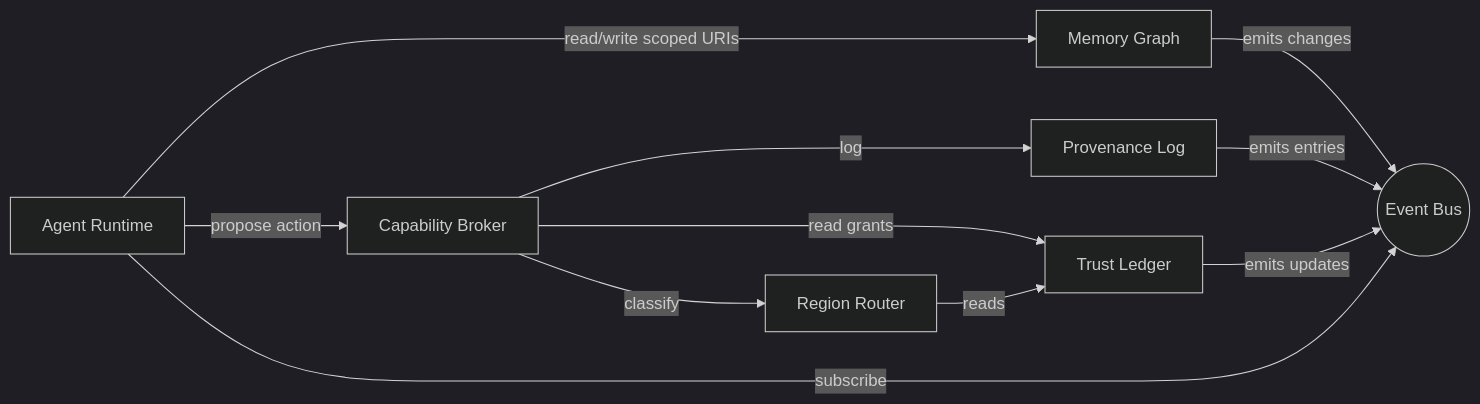
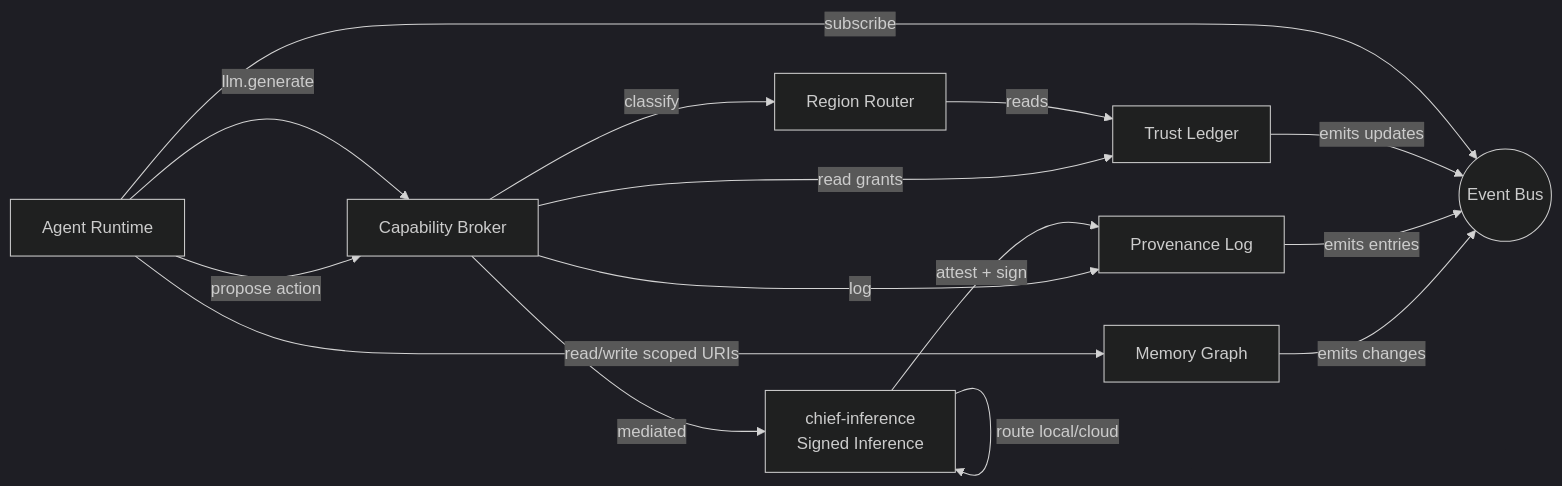
The diagram in docs/03-chief-kernel.md (santoshkumarradha/ChiefOS), drawn with Mermaid (dark theme) before and after one commit. The commit also changed other lines of this file and 10 other files, not shown here.

First line of the commit message:
adr: 0009 Signed Inference as L2 primitive + GPU deferral to v1+

````diff
--- a/docs/03-chief-kernel.md
+++ b/docs/03-chief-kernel.md
@@ -24,21 +25,26 @@
 ```mermaid
 flowchart LR
     EB((Event Bus))
     AR[Agent Runtime]
     CB[Capability Broker]
     MG[Memory Graph]
     PL[Provenance Log]
     TLD[Trust Ledger]
     RR[Region Router]
+    CI[chief-inference<br/>Signed Inference]
 
     AR -- propose action --> CB
     CB -- classify --> RR
     CB -- read grants --> TLD
     CB -- log --> PL
     AR -- read/write scoped URIs --> MG
+    AR -- llm.generate --> CB
+    CB -- mediated --> CI
+    CI -- attest + sign --> PL
+    CI -- route local/cloud --> CI
     MG -- emits changes --> EB
     PL -- emits entries --> EB
     TLD -- emits updates --> EB
     AR -- subscribe --> EB
     RR -- reads --> TLD
 ```
````
